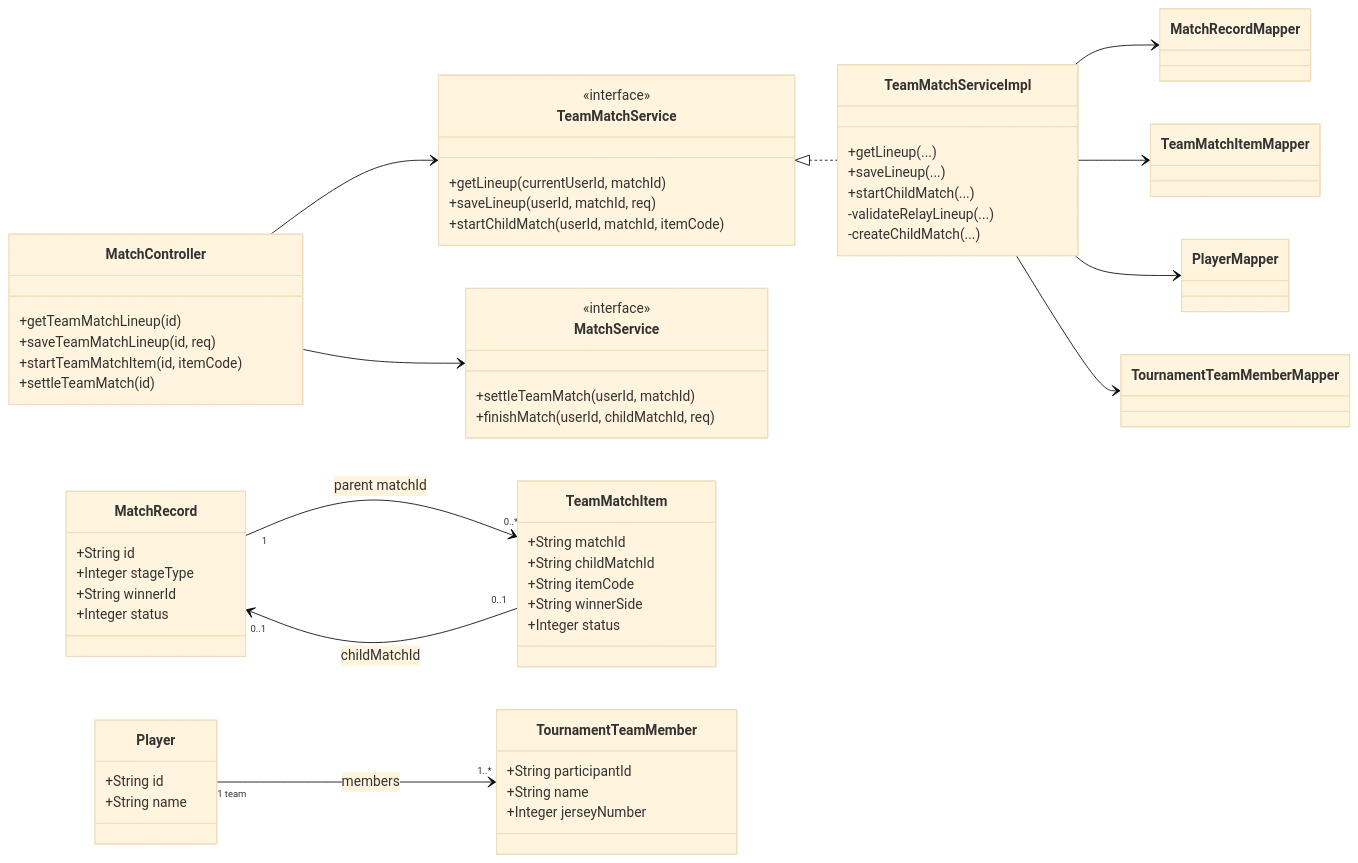
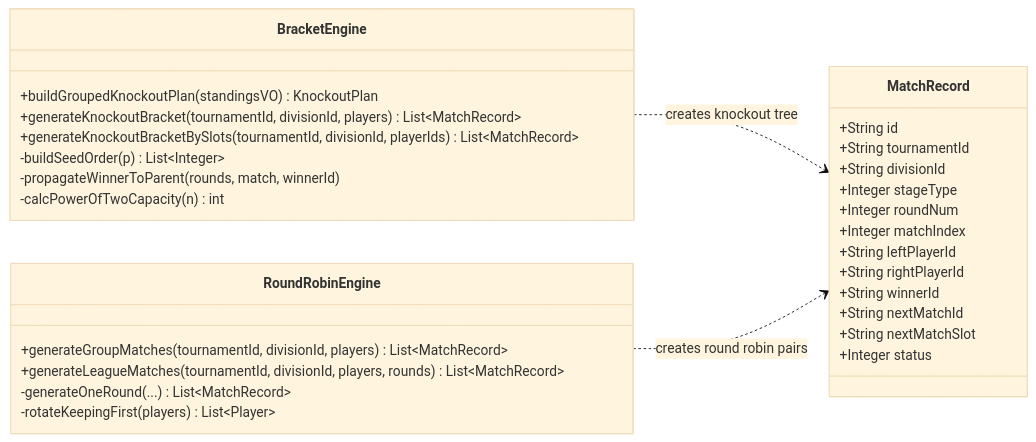
The fourth of 10 diagrams in docs/类图.md (lijingyuu/Scoring), drawn with Mermaid (base theme) before and after one commit. The commit also changed other lines of this file and 34 other files, not shown here.

First line of the commit message:
fix(review): 全链路审查缺陷修复与领域类图架构治理

````diff
--- a/docs/类图.md
+++ b/docs/类图.md
@@ -370,74 +464,38 @@
 ```mermaid
 classDiagram
 direction LR
 
-class MatchController {
-  +getTeamMatchLineup(id)
-  +saveTeamMatchLineup(id, req)
-  +startTeamMatchItem(id, itemCode)
-  +settleTeamMatch(id)
+class BracketEngine {
+  +buildGroupedKnockoutPlan(standingsVO) KnockoutPlan
+  +generateKnockoutBracket(tournamentId, divisionId, players) List~MatchRecord~
+  +generateKnockoutBracketBySlots(tournamentId, divisionId, playerIds) List~MatchRecord~
+  -buildSeedOrder(p) List~Integer~
+  -propagateWinnerToParent(rounds, match, winnerId)
+  -calcPowerOfTwoCapacity(n) int
 }
 
-class TeamMatchService {
-  <<interface>>
-  +getLineup(currentUserId, matchId)
-  +saveLineup(userId, matchId, req)
-  +startChildMatch(userId, matchId, itemCode)
-}
-
-class TeamMatchServiceImpl {
-  +getLineup(...)
-  +saveLineup(...)
-  +startChildMatch(...)
-  -validateRelayLineup(...)
-  -createChildMatch(...)
-}
-
-class MatchService {
-  <<interface>>
-  +settleTeamMatch(userId, matchId)
-  +finishMatch(userId, childMatchId, req)
+class RoundRobinEngine {
+  +generateGroupMatches(tournamentId, divisionId, players) List~MatchRecord~
+  +generateLeagueMatches(tournamentId, divisionId, players, rounds) List~MatchRecord~
+  -generateOneRound(...) List~MatchRecord~
+  -rotateKeepingFirst(players) List~Player~
 }
 
 class MatchRecord {
   +String id
+  +String tournamentId
+  +String divisionId
   +Integer stageType
+  +Integer roundNum
+  +Integer matchIndex
+  +String leftPlayerId
+  +String rightPlayerId
   +String winnerId
+  +String nextMatchId
+  +String nextMatchSlot
   +Integer status
 }
 
-class TeamMatchItem {
-  +String matchId
-  +String childMatchId
-  +String itemCode
-  +String winnerSide
-  +Integer status
-}
-
-class Player {
-  +String id
-  +String name
-}
-
-class TournamentTeamMember {
-  +String participantId
-  +String name
-  +Integer jerseyNumber
-}
-
-class MatchRecordMapper
-class TeamMatchItemMapper
-class PlayerMapper
-class TournamentTeamMemberMapper
-
-MatchController --> TeamMatchService
-MatchController --> MatchService
-TeamMatchService <|.. TeamMatchServiceImpl
-TeamMatchServiceImpl --> MatchRecordMapper
-TeamMatchServiceImpl --> TeamMatchItemMapper
-TeamMatchServiceImpl --> PlayerMapper
-TeamMatchServiceImpl --> TournamentTeamMemberMapper
-MatchRecord "1" --> "0..*" TeamMatchItem : parent matchId
-TeamMatchItem "0..1" --> "0..1" MatchRecord : childMatchId
-Player "1 team" --> "1..*" TournamentTeamMember : members
+BracketEngine ..> MatchRecord : creates knockout tree
+RoundRobinEngine ..> MatchRecord : creates round robin pairs
 ```
````
